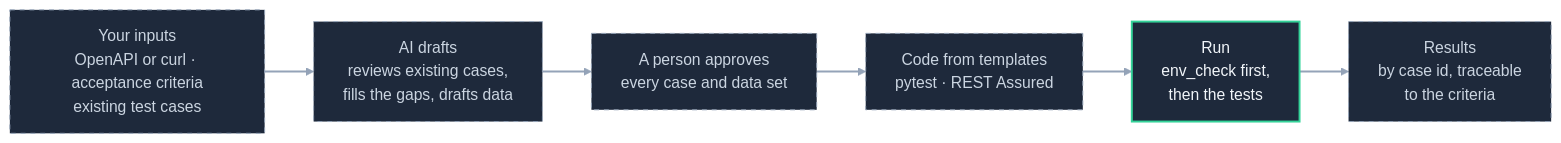
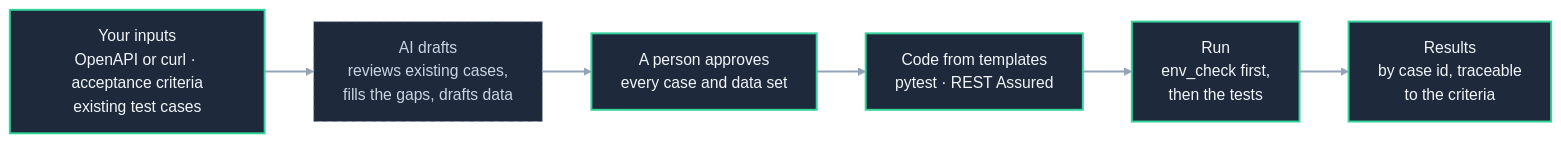
Before and after one commit to rahulsharma-qe/api-qa-agent: the diagram in README.md, drawn with Mermaid. The commit also changed other lines of this file and 1 other file, not shown here.

Commit message:
Design and README: phase 3a as built

````diff
--- a/README.md
+++ b/README.md
@@ -38,15 +38,15 @@
 ```mermaid
 flowchart LR
   IN["Your inputs<br/>OpenAPI or curl · acceptance criteria<br/>existing test cases"]
   DRAFT["AI drafts<br/>reviews existing cases,<br/>fills the gaps, drafts data"]
   REVIEW["A person approves<br/>every case and data set"]
   GEN["Code from templates<br/>pytest · REST Assured"]
   RUN["Run<br/>env_check first,<br/>then the tests"]
   OUT["Results<br/>by case id, traceable<br/>to the criteria"]
   IN --> DRAFT --> REVIEW --> GEN --> RUN --> OUT
   classDef built fill:#1e293b,stroke:#34d399,color:#f1f5f9,stroke-width:2px
   classDef later fill:#1e293b,stroke:#94a3b8,color:#cbd5e1,stroke-dasharray: 5 5
-  class RUN built
-  class IN,DRAFT,REVIEW,GEN,OUT later
+  class IN,REVIEW,GEN,RUN,OUT built
+  class DRAFT later
   linkStyle default stroke:#94a3b8,stroke-width:2px
 ```
````
